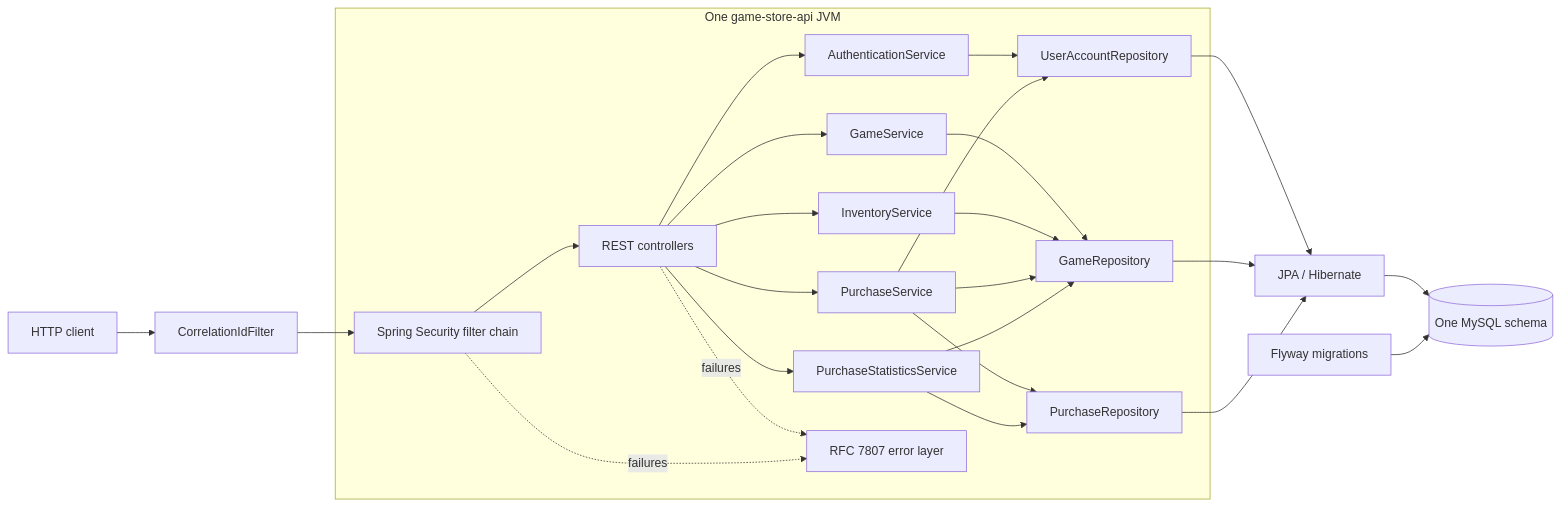
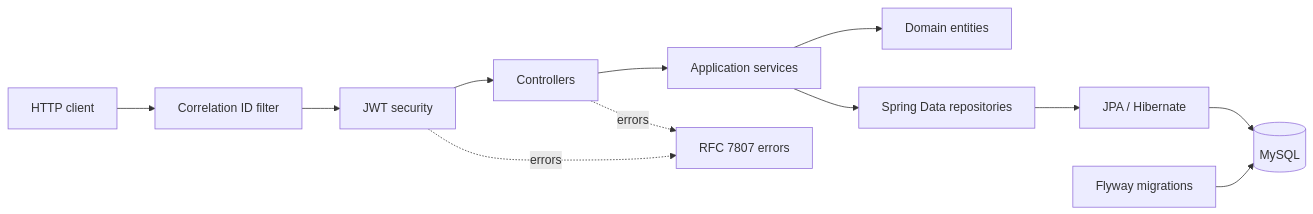
One commit to vladyc1234/API-store-management-tool changed the first of 2 diagrams in GAME_STORE_ARCHITECTURE_AND_OOP_HANDBOOK.md. Above: the diagram before and after it, drawn with Mermaid. The commit also changed other lines of this file, not shown here.

Commit message:
docs: simplify architecture handbook

````diff
--- a/GAME_STORE_ARCHITECTURE_AND_OOP_HANDBOOK.md
+++ b/GAME_STORE_ARCHITECTURE_AND_OOP_HANDBOOK.md
@@ -77,32 +27,14 @@
 ```mermaid
 flowchart LR
-    Client["HTTP client"] --> Filter["CorrelationIdFilter"]
-    Filter --> Security["Spring Security filter chain"]
-    Security --> Controllers["REST controllers"]
-
-    subgraph Application["One game-store-api JVM"]
-        Controllers --> AuthService["AuthenticationService"]
-        Controllers --> GameService["GameService"]
-        Controllers --> InventoryService["InventoryService"]
-        Controllers --> PurchaseService["PurchaseService"]
-        Controllers --> StatisticsService["PurchaseStatisticsService"]
-
-        AuthService --> UserRepo["UserAccountRepository"]
-        GameService --> GameRepo["GameRepository"]
-        InventoryService --> GameRepo
-        PurchaseService --> UserRepo
-        PurchaseService --> GameRepo
-        PurchaseService --> PurchaseRepo["PurchaseRepository"]
-        StatisticsService --> PurchaseRepo
-        StatisticsService --> GameRepo
-
-        Controllers -. failures .-> ErrorLayer["RFC 7807 error layer"]
-        Security -. failures .-> ErrorLayer
-    end
-
-    UserRepo --> ORM["JPA / Hibernate"]
-    GameRepo --> ORM
-    PurchaseRepo --> ORM
-    ORM --> MySQL[("One MySQL schema")]
-    Flyway["Flyway migrations"] --> MySQL
+    Client["HTTP client"] --> Filter["Correlation ID filter"]
+    Filter --> Security["JWT security"]
+    Security --> Controllers["Controllers"]
+    Controllers --> Services["Application services"]
+    Services --> Entities["Domain entities"]
+    Services --> Repositories["Spring Data repositories"]
+    Repositories --> JPA["JPA / Hibernate"]
+    JPA --> DB[("MySQL")]
+    Flyway["Flyway migrations"] --> DB
+    Controllers -. errors .-> Problems["RFC 7807 errors"]
+    Security -. errors .-> Problems
 ```
````
